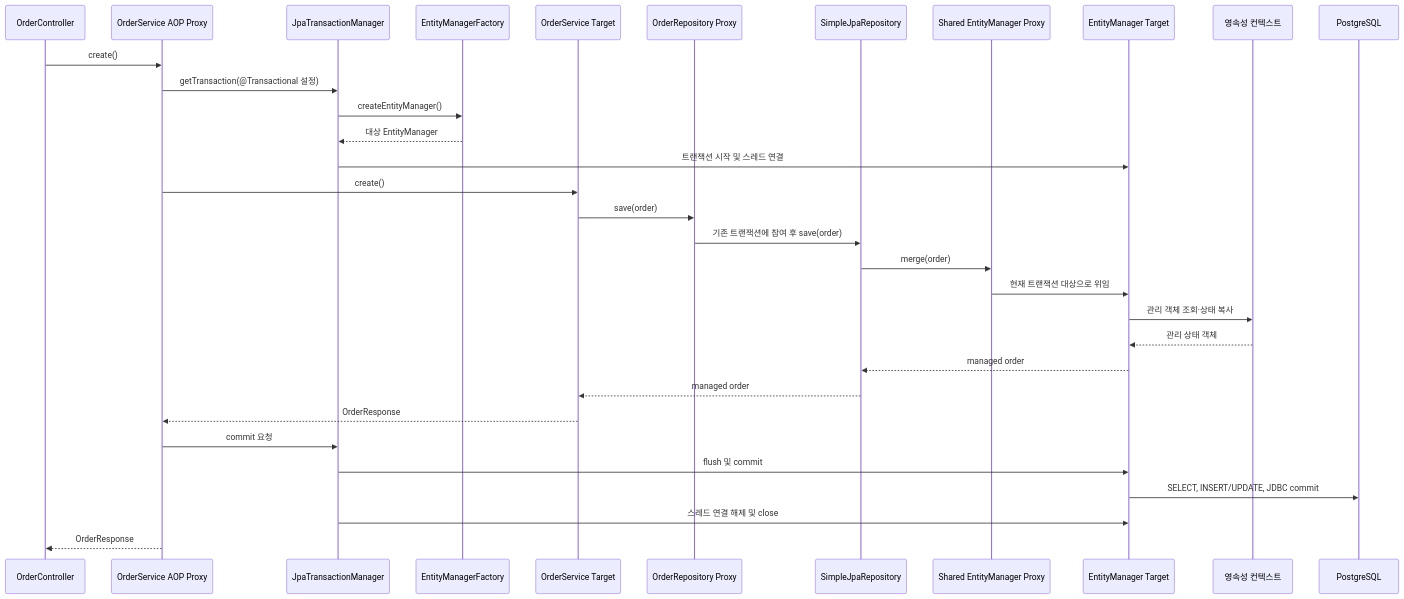
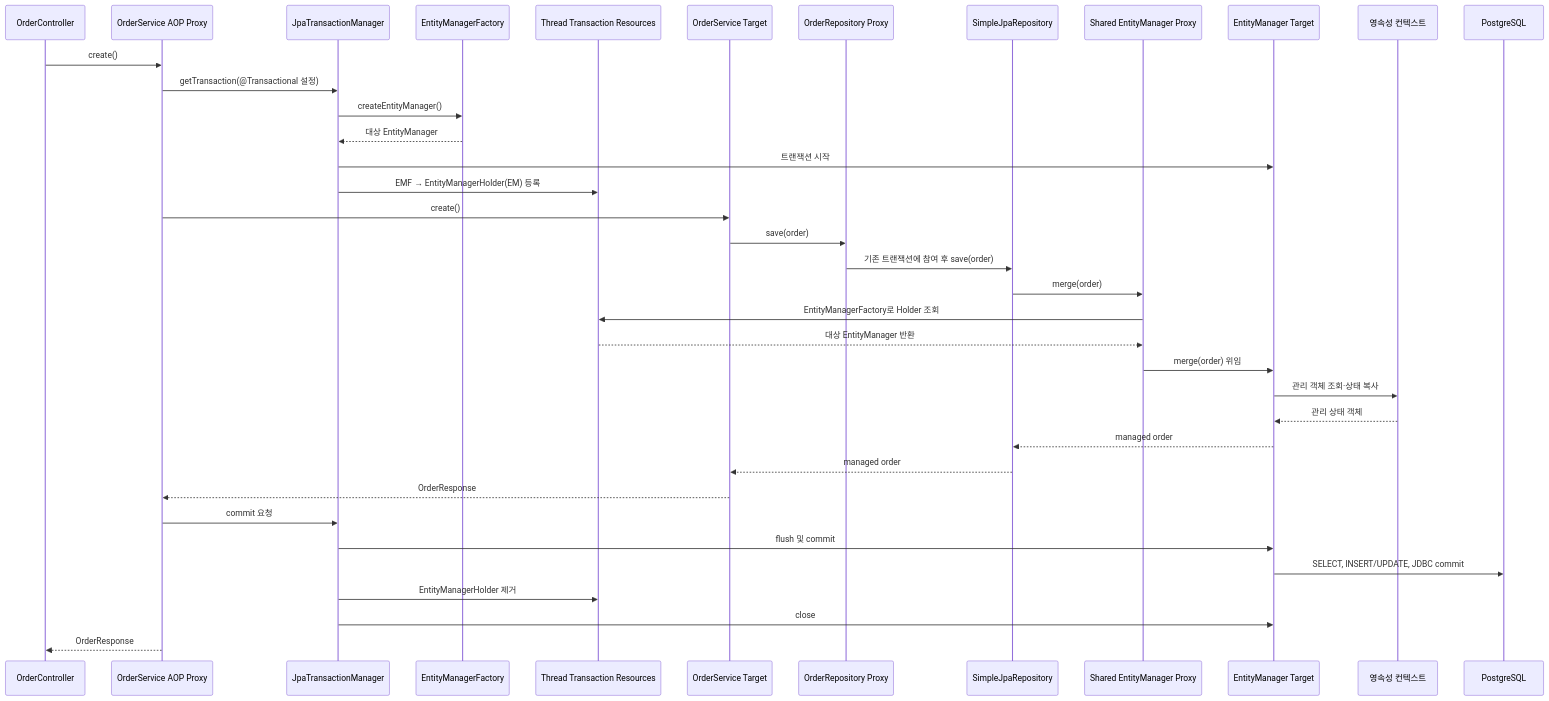
The diagram in docs/spring-jpa-proxy-request-flow.md (lee-gimoon/payment-service), drawn with Mermaid before and after one commit. The commit also changed other lines of this file, not shown here.

Commit message:
docs: explain thread-bound EntityManager resources

````diff
--- a/docs/spring-jpa-proxy-request-flow.md
+++ b/docs/spring-jpa-proxy-request-flow.md
@@ -555,35 +624,40 @@
 ```mermaid
 sequenceDiagram
     participant C as OrderController
     participant SP as OrderService AOP Proxy
     participant TM as JpaTransactionManager
     participant EMF as EntityManagerFactory
+    participant TSM as Thread Transaction Resources
     participant S as OrderService Target
     participant RP as OrderRepository Proxy
     participant R as SimpleJpaRepository
     participant EP as Shared EntityManager Proxy
     participant EM as EntityManager Target
     participant PC as 영속성 컨텍스트
     participant DB as PostgreSQL
 
     C->>SP: create()
     SP->>TM: getTransaction(@Transactional 설정)
     TM->>EMF: createEntityManager()
     EMF-->>TM: 대상 EntityManager
-    TM->>EM: 트랜잭션 시작 및 스레드 연결
+    TM->>EM: 트랜잭션 시작
+    TM->>TSM: EMF → EntityManagerHolder(EM) 등록
     SP->>S: create()
     S->>RP: save(order)
     RP->>R: 기존 트랜잭션에 참여 후 save(order)
     R->>EP: merge(order)
-    EP->>EM: 현재 트랜잭션 대상으로 위임
+    EP->>TSM: EntityManagerFactory로 Holder 조회
+    TSM-->>EP: 대상 EntityManager 반환
+    EP->>EM: merge(order) 위임
     EM->>PC: 관리 객체 조회·상태 복사
     PC-->>EM: 관리 상태 객체
     EM-->>R: managed order
     R-->>S: managed order
     S-->>SP: OrderResponse
     SP->>TM: commit 요청
     TM->>EM: flush 및 commit
     EM->>DB: SELECT, INSERT/UPDATE, JDBC commit
-    TM->>EM: 스레드 연결 해제 및 close
+    TM->>TSM: EntityManagerHolder 제거
+    TM->>EM: close
     SP-->>C: OrderResponse
 ```
````
